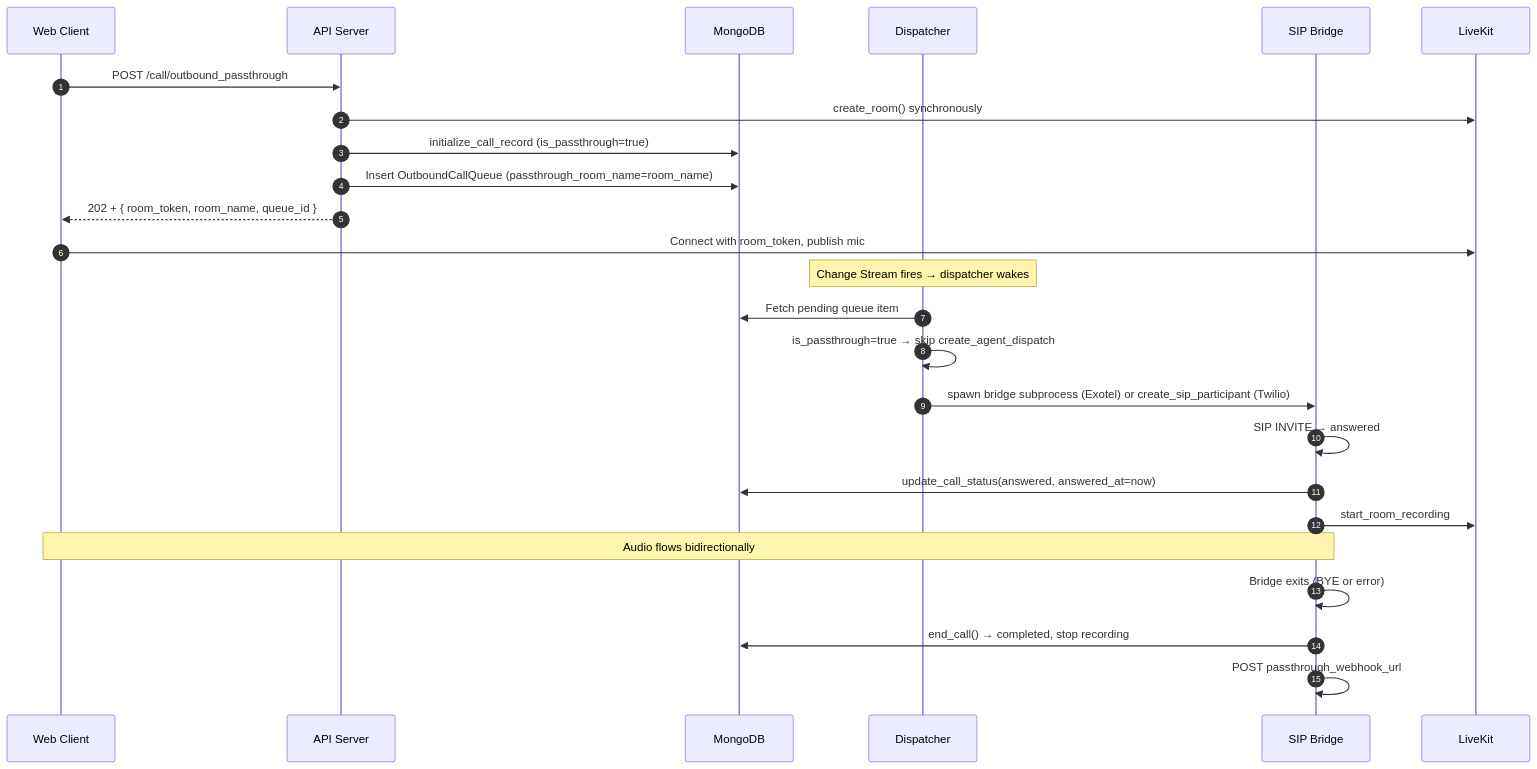
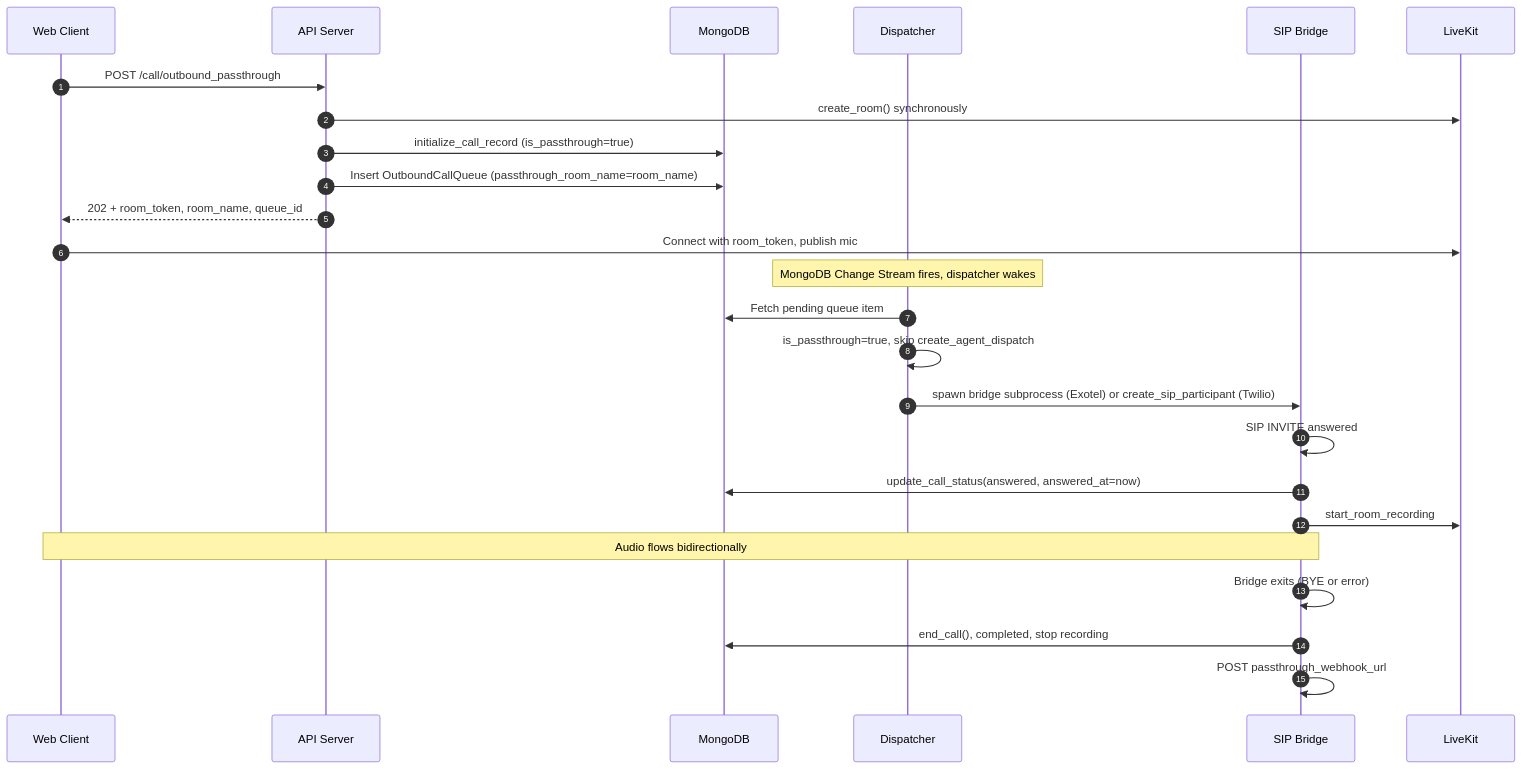
One commit to ShubhamX-AI/api_livekit changed the sixth of 7 diagrams in docs/architecture.md. Above: the diagram before and after it, drawn with Mermaid. The commit also changed other lines of this file and 2 other files, not shown here.

First line of the commit message:
docs: fix Mermaid syntax errors in flow diagrams

````diff
--- a/docs/architecture.md
+++ b/docs/architecture.md
@@ -460,29 +460,29 @@
 ```mermaid
 sequenceDiagram
     autonumber
     participant Client as Web Client
     participant API as API Server
     participant DB as MongoDB
     participant Disp as Dispatcher
     participant Bridge as SIP Bridge
     participant LK as LiveKit
 
     Client->>API: POST /call/outbound_passthrough
     API->>LK: create_room() synchronously
     API->>DB: initialize_call_record (is_passthrough=true)
     API->>DB: Insert OutboundCallQueue (passthrough_room_name=room_name)
-    API-->>Client: 202 + { room_token, room_name, queue_id }
+    API-->>Client: 202 + room_token, room_name, queue_id
     Client->>LK: Connect with room_token, publish mic
 
-    Note over Disp: Change Stream fires → dispatcher wakes
+    Note over Disp: MongoDB Change Stream fires, dispatcher wakes
     Disp->>DB: Fetch pending queue item
-    Disp->>Disp: is_passthrough=true → skip create_agent_dispatch
+    Disp->>Disp: is_passthrough=true, skip create_agent_dispatch
     Disp->>Bridge: spawn bridge subprocess (Exotel) or create_sip_participant (Twilio)
-    Bridge->>Bridge: SIP INVITE → answered
+    Bridge->>Bridge: SIP INVITE answered
     Bridge->>DB: update_call_status(answered, answered_at=now)
     Bridge->>LK: start_room_recording
     Note over Client,Bridge: Audio flows bidirectionally
     Bridge->>Bridge: Bridge exits (BYE or error)
-    Bridge->>DB: end_call() → completed, stop recording
+    Bridge->>DB: end_call(), completed, stop recording
     Bridge->>Bridge: POST passthrough_webhook_url
 ```
````
